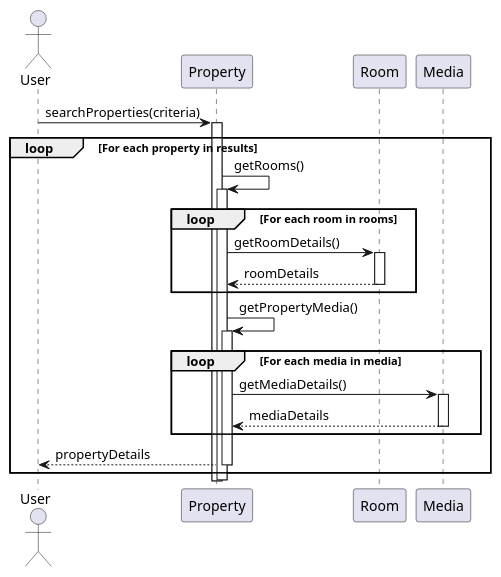
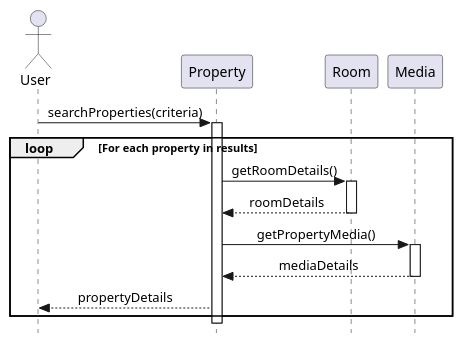
The diagram in docs/plantuml/analisi/sequence_search.puml (Formola/progettazione-hotel), drawn with PlantUML before and after one commit. The commit also changed other lines of this file and 12 other files, not shown here.

Commit message:
Aggiorna diagrammi e file generati analisi

```diff
--- a/docs/plantuml/analisi/sequence_search.puml
+++ b/docs/plantuml/analisi/sequence_search.puml
@@ -1,37 +1,29 @@
-@startuml sequence_search
+@startuml sequence_search_strict
+skinparam style strictuml
+skinparam sequenceMessageAlign center
+
 actor User
+participant Property as Prop
+participant Room as R
+participant Media as M
 
-participant Property
-participant Room
-participant Media
 
-' Ricerca proprietà
-User -> Property: searchProperties(criteria)
-activate Property
+User -> Prop: searchProperties(criteria)
+activate Prop
 
-' Ciclo per ogni proprietà trovata
 loop For each property in results
-    Property -> Property: getRooms()
-    activate Property
-    loop For each room in rooms
-        Property -> Room: getRoomDetails()
-        activate Room
-        Room --> Property: roomDetails
-        deactivate Room
-    end
+    Prop -> R: getRoomDetails()
+    activate R
+    R --> Prop: roomDetails
+    deactivate R
 
-    Property -> Property: getPropertyMedia()
-    activate Property
-    loop For each media in media
-        Property -> Media: getMediaDetails()
-        activate Media
-        Media --> Property: mediaDetails
-        deactivate Media
-    end
+    Prop -> M: getPropertyMedia()
+    activate M
+    M --> Prop: mediaDetails
+    deactivate M
 
-    Property --> User: propertyDetails
-    deactivate Property
+    Prop --> User: propertyDetails
 end
 
-deactivate Property
+deactivate Prop
 @enduml
```
